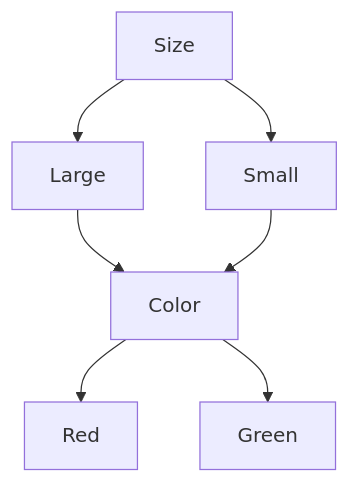
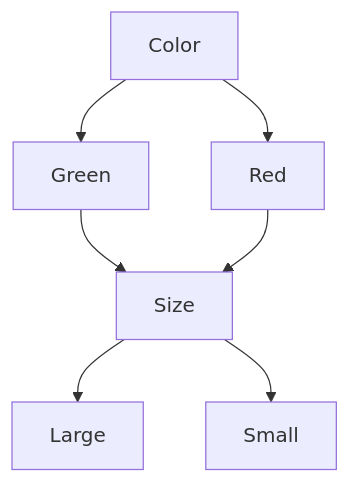
One commit to shasankp000/CSE-Engineering-Notes changed the eighth of 10 diagrams in src/site/notes/Machine Learning/Module 1 -- Supervised Learning -- Machine Learning.md. Above: the diagram before and after it, drawn with Mermaid. The commit also changed other lines of this file, not shown here.

````diff
--- a/src/site/notes/Machine Learning/Module 1 -- Supervised Learning -- Machine Learning.md
+++ b/src/site/notes/Machine Learning/Module 1 -- Supervised Learning -- Machine Learning.md
@@ -1158,9 +1158,9 @@
 ```mermaid
 flowchart TD;
+	Color-->Red
+	Color-->Green
+	Green-->Size
+	Red-->Size
 	Size-->Large
 	Size-->Small
-	Large-->Color
-	Small-->Color
-	Color-->Red
-	Color-->Green
 ```
````
